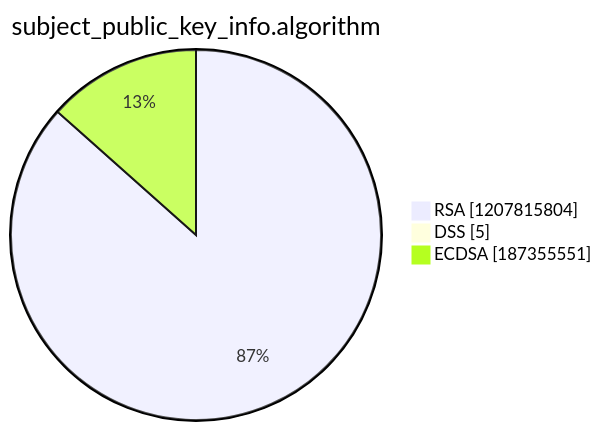
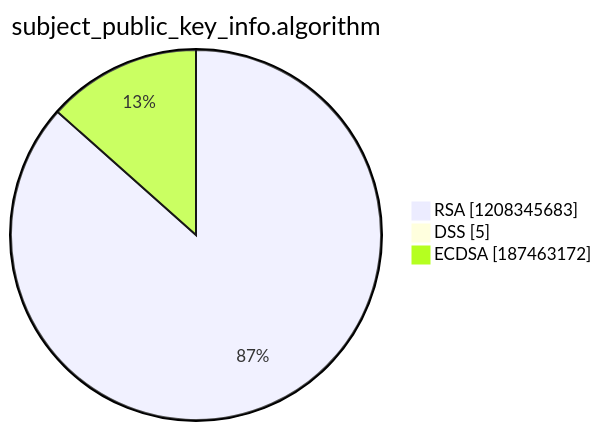
One commit to christiankrug/ctmonitor_visualization changed the third of 15 diagrams in argon2022/README.md. Above: the diagram before and after it, drawn with Mermaid. The commit also changed other lines of this file, not shown here.

````diff
--- a/argon2022/README.md
+++ b/argon2022/README.md
@@ -14,7 +14,7 @@
 ```mermaid
 pie showData
 title subject_public_key_info.algorithm
-"RSA" :1207815804
+"RSA" :1208345683
 "DSS" :5
-"ECDSA" :187355551
+"ECDSA" :187463172
 ```
````
